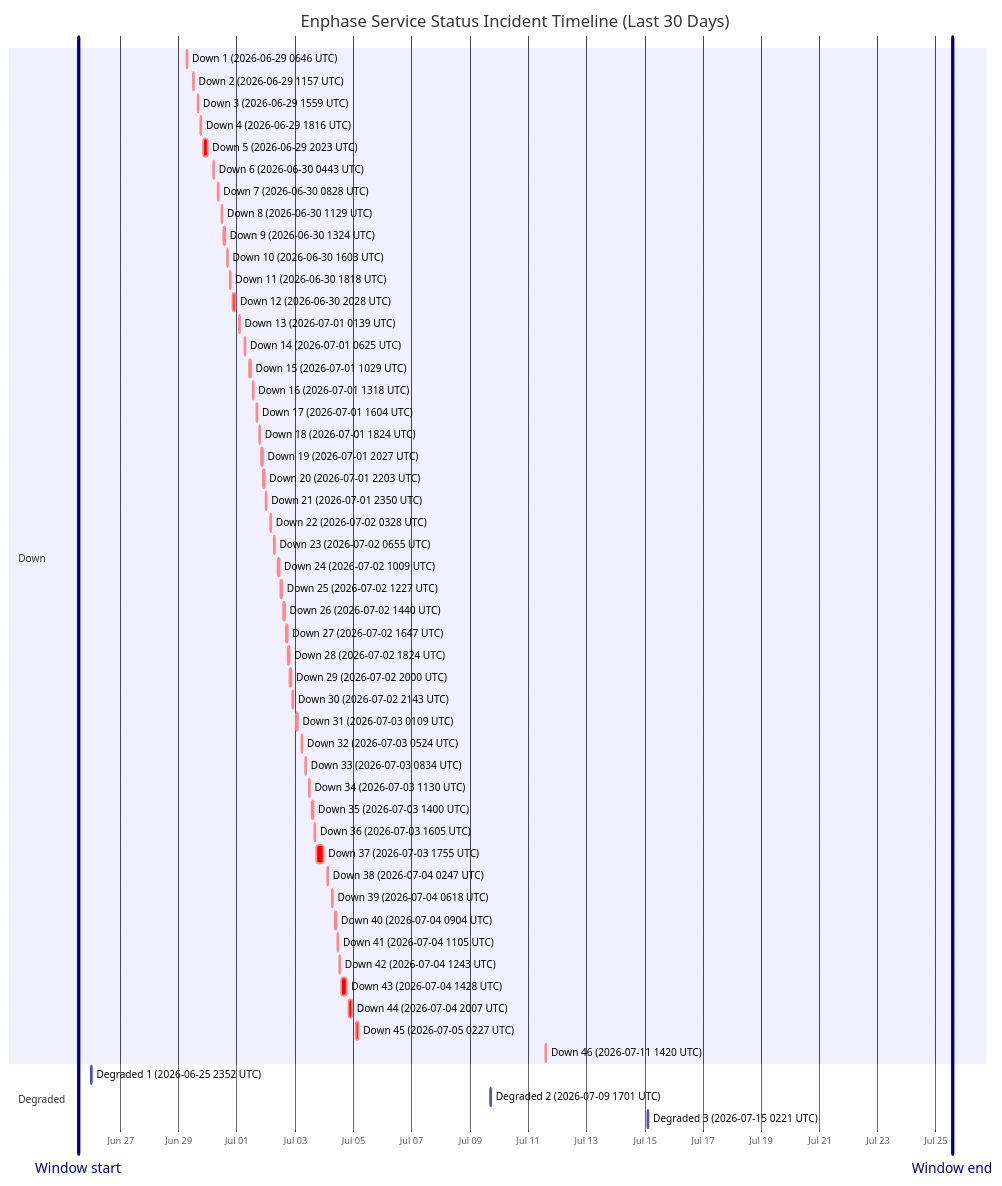
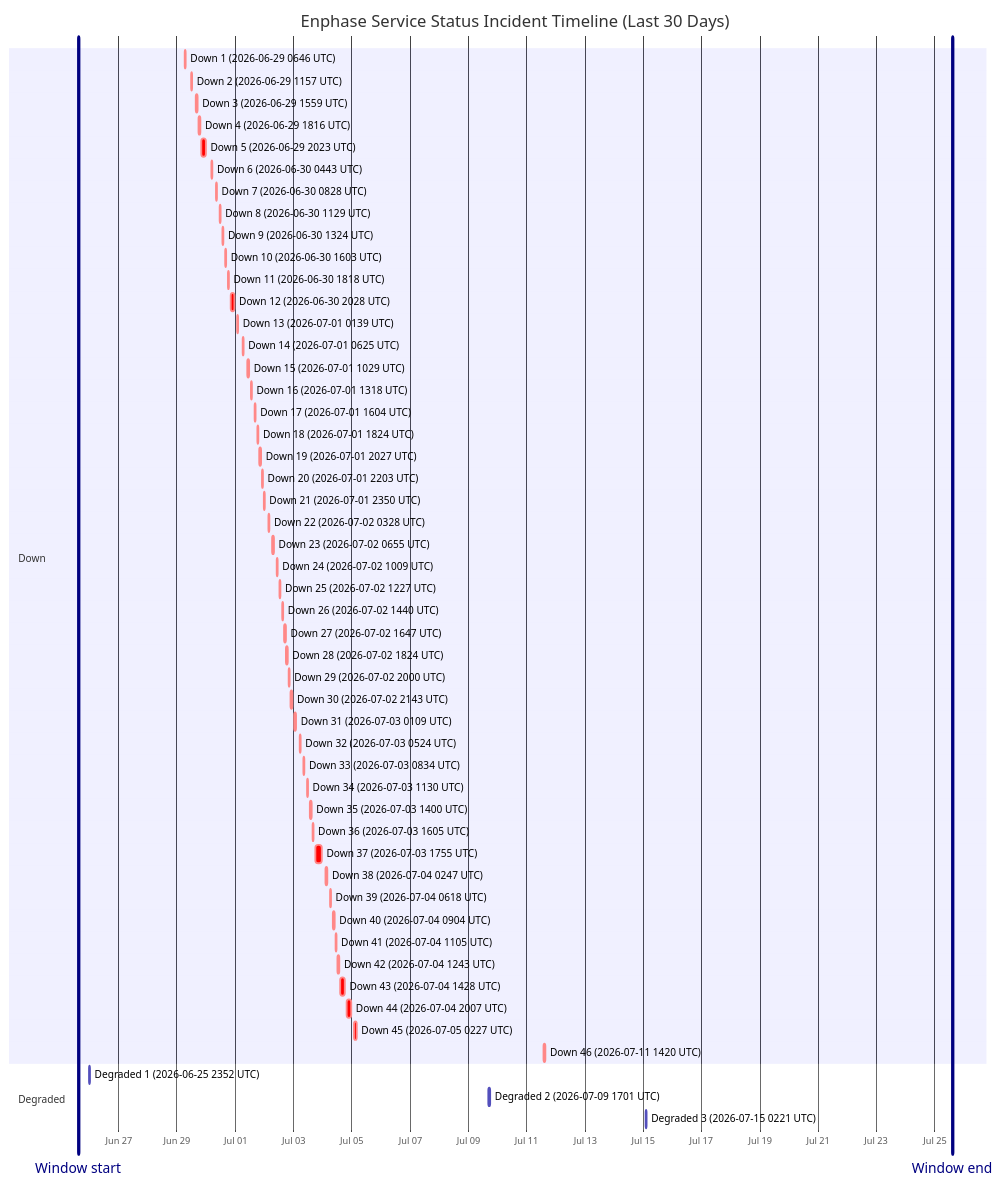
The diagram in wiki/Service-Status-History.md (barneyonline/ha-enphase-energy), drawn with Mermaid before and after one commit. The commit also changed other lines of this file and 3 other files, not shown here.

````diff
--- a/wiki/Service-Status-History.md
+++ b/wiki/Service-Status-History.md
@@ -14,59 +14,59 @@
 ```mermaid
 gantt
     title Enphase Service Status Incident Timeline (Last 30 Days)
     dateFormat  YYYY-MM-DDTHH:mm:ss
     axisFormat  %b %d
-    Window start :vert, window-start, 2026-06-25T13:21:55, 0ms
-    Window end :vert, window-end, 2026-07-25T13:21:55, 0ms
+    Window start :vert, window-start, 2026-06-25T14:46:17, 0ms
+    Window end :vert, window-end, 2026-07-25T14:46:17, 0ms
     section Down
     Down 1 (2026-06-29 0646 UTC) :crit, down-1, 2026-06-29T06:46:18, 60m
     Down 2 (2026-06-29 1157 UTC) :crit, down-2, 2026-06-29T11:57:36, 60m
     Down 3 (2026-06-29 1559 UTC) :crit, down-3, 2026-06-29T15:59:02, 60m
     Down 4 (2026-06-29 1816 UTC) :crit, down-4, 2026-06-29T18:16:38, 60m
     Down 5 (2026-06-29 2023 UTC) :crit, down-5, 2026-06-29T20:23:16, 220m
     Down 6 (2026-06-30 0443 UTC) :crit, down-6, 2026-06-30T04:43:54, 60m
     Down 7 (2026-06-30 0828 UTC) :crit, down-7, 2026-06-30T08:28:43, 60m
     Down 8 (2026-06-30 1129 UTC) :crit, down-8, 2026-06-30T11:29:15, 60m
     Down 9 (2026-06-30 1324 UTC) :crit, down-9, 2026-06-30T13:24:25, 60m
     Down 10 (2026-06-30 1603 UTC) :crit, down-10, 2026-06-30T16:03:26, 60m
     Down 11 (2026-06-30 1818 UTC) :crit, down-11, 2026-06-30T18:18:39, 60m
     Down 12 (2026-06-30 2028 UTC) :crit, down-12, 2026-06-30T20:28:54, 171m
     Down 13 (2026-07-01 0139 UTC) :crit, down-13, 2026-07-01T01:39:18, 60m
     Down 14 (2026-07-01 0625 UTC) :crit, down-14, 2026-07-01T06:25:35, 60m
     Down 15 (2026-07-01 1029 UTC) :crit, down-15, 2026-07-01T10:29:24, 60m
     Down 16 (2026-07-01 1318 UTC) :crit, down-16, 2026-07-01T13:18:31, 60m
     Down 17 (2026-07-01 1604 UTC) :crit, down-17, 2026-07-01T16:04:29, 60m
     Down 18 (2026-07-01 1824 UTC) :crit, down-18, 2026-07-01T18:24:21, 60m
     Down 19 (2026-07-01 2027 UTC) :crit, down-19, 2026-07-01T20:27:17, 60m
     Down 20 (2026-07-01 2203 UTC) :crit, down-20, 2026-07-01T22:03:46, 60m
     Down 21 (2026-07-01 2350 UTC) :crit, down-21, 2026-07-01T23:50:52, 60m
     Down 22 (2026-07-02 0328 UTC) :crit, down-22, 2026-07-02T03:28:33, 60m
     Down 23 (2026-07-02 0655 UTC) :crit, down-23, 2026-07-02T06:55:07, 60m
     Down 24 (2026-07-02 1009 UTC) :crit, down-24, 2026-07-02T10:09:15, 60m
     Down 25 (2026-07-02 1227 UTC) :crit, down-25, 2026-07-02T12:27:49, 60m
     Down 26 (2026-07-02 1440 UTC) :crit, down-26, 2026-07-02T14:40:53, 60m
     Down 27 (2026-07-02 1647 UTC) :crit, down-27, 2026-07-02T16:47:47, 60m
     Down 28 (2026-07-02 1824 UTC) :crit, down-28, 2026-07-02T18:24:26, 60m
     Down 29 (2026-07-02 2000 UTC) :crit, down-29, 2026-07-02T20:00:57, 60m
     Down 30 (2026-07-02 2143 UTC) :crit, down-30, 2026-07-02T21:43:52, 80m
     Down 31 (2026-07-03 0109 UTC) :crit, down-31, 2026-07-03T01:09:19, 60m
     Down 32 (2026-07-03 0524 UTC) :crit, down-32, 2026-07-03T05:24:23, 60m
     Down 33 (2026-07-03 0834 UTC) :crit, down-33, 2026-07-03T08:34:05, 60m
     Down 34 (2026-07-03 1130 UTC) :crit, down-34, 2026-07-03T11:30:41, 60m
     Down 35 (2026-07-03 1400 UTC) :crit, down-35, 2026-07-03T14:00:48, 60m
     Down 36 (2026-07-03 1605 UTC) :crit, down-36, 2026-07-03T16:05:49, 60m
     Down 37 (2026-07-03 1755 UTC) :crit, down-37, 2026-07-03T17:55:54, 338m
     Down 38 (2026-07-04 0247 UTC) :crit, down-38, 2026-07-04T02:47:22, 60m
     Down 39 (2026-07-04 0618 UTC) :crit, down-39, 2026-07-04T06:18:09, 60m
     Down 40 (2026-07-04 0904 UTC) :crit, down-40, 2026-07-04T09:04:41, 60m
     Down 41 (2026-07-04 1105 UTC) :crit, down-41, 2026-07-04T11:05:21, 60m
     Down 42 (2026-07-04 1243 UTC) :crit, down-42, 2026-07-04T12:43:25, 60m
     Down 43 (2026-07-04 1428 UTC) :crit, down-43, 2026-07-04T14:28:07, 243m
     Down 44 (2026-07-04 2007 UTC) :crit, down-44, 2026-07-04T20:07:50, 206m
     Down 45 (2026-07-05 0227 UTC) :crit, down-45, 2026-07-05T02:27:32, 109m
     Down 46 (2026-07-11 1420 UTC) :crit, down-46, 2026-07-11T14:20:54, 69m
     section Degraded
     Degraded 1 (2026-06-25 2352 UTC) :active, degraded-1, 2026-06-25T23:52:01, 60m
     Degraded 2 (2026-07-09 1701 UTC) :active, degraded-2, 2026-07-09T17:01:02, 60m
     Degraded 3 (2026-07-15 0221 UTC) :active, degraded-3, 2026-07-15T02:21:35, 60m
 ```
````
